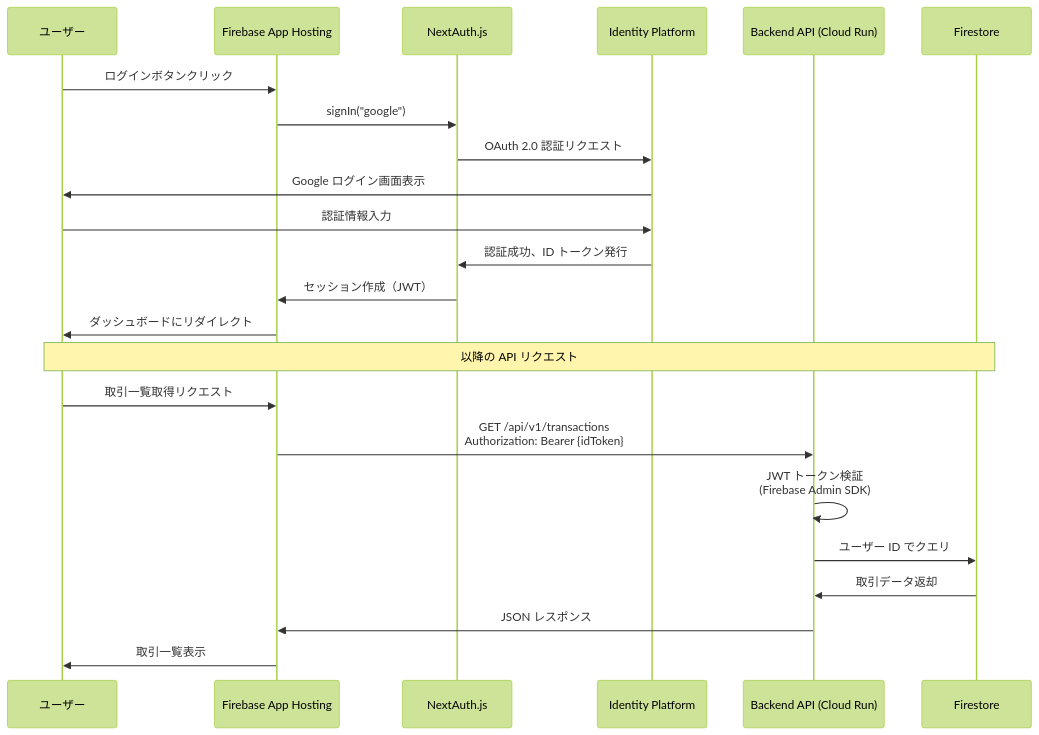
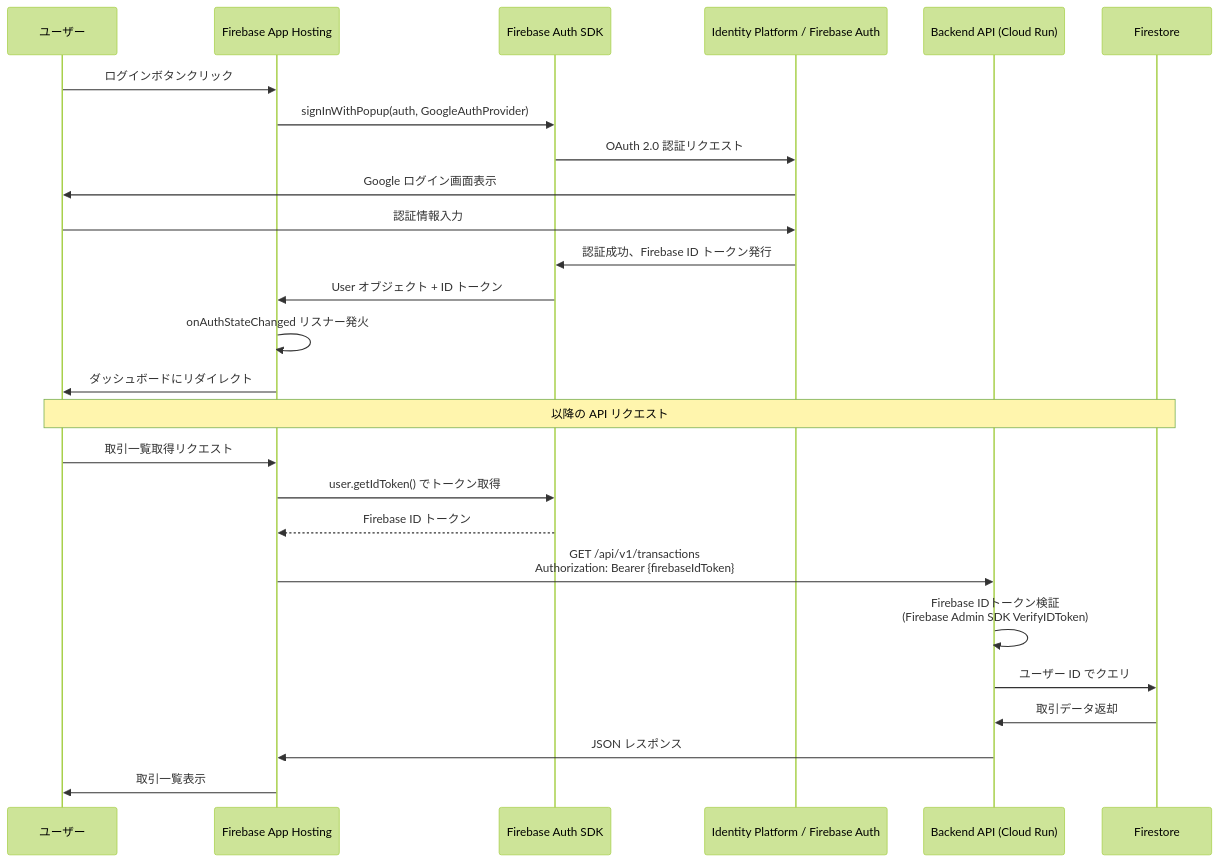
The first of 3 diagrams in .kiro/specs/household-finance-app/design/flows.md (248/ledger-muse), drawn with Mermaid (forest theme) before and after one commit. The commit also changed other lines of this file and 3 other files, not shown here.

First line of the commit message:
spec: migrate to Firebase Auth-centric architecture

````diff
--- a/.kiro/specs/household-finance-app/design/flows.md
+++ b/.kiro/specs/household-finance-app/design/flows.md
@@ -7,28 +7,31 @@
 ```mermaid
 sequenceDiagram
     participant User as ユーザー
     participant AppHosting as Firebase App Hosting
-    participant NextAuth as NextAuth.js
-    participant IdP as Identity Platform
+    participant FirebaseAuth as Firebase Auth SDK
+    participant IdP as Identity Platform / Firebase Auth
     participant API as Backend API (Cloud Run)
     participant Firestore as Firestore
 
     User->>AppHosting: ログインボタンクリック
-    AppHosting->>NextAuth: signIn("google")
-    NextAuth->>IdP: OAuth 2.0 認証リクエスト
+    AppHosting->>FirebaseAuth: signInWithPopup(auth, GoogleAuthProvider)
+    FirebaseAuth->>IdP: OAuth 2.0 認証リクエスト
     IdP->>User: Google ログイン画面表示
     User->>IdP: 認証情報入力
-    IdP->>NextAuth: 認証成功、ID トークン発行
-    NextAuth->>AppHosting: セッション作成（JWT）
+    IdP->>FirebaseAuth: 認証成功、Firebase ID トークン発行
+    FirebaseAuth->>AppHosting: User オブジェクト + ID トークン
+    AppHosting->>AppHosting: onAuthStateChanged リスナー発火
     AppHosting->>User: ダッシュボードにリダイレクト
 
     Note over User,Firestore: 以降の API リクエスト
 
     User->>AppHosting: 取引一覧取得リクエスト
-    AppHosting->>API: GET /api/v1/transactions<br/>Authorization: Bearer {idToken}
-    API->>API: JWT トークン検証<br/>(Firebase Admin SDK)
+    AppHosting->>FirebaseAuth: user.getIdToken() でトークン取得
+    FirebaseAuth-->>AppHosting: Firebase ID トークン
+    AppHosting->>API: GET /api/v1/transactions<br/>Authorization: Bearer {firebaseIdToken}
+    API->>API: Firebase IDトークン検証<br/>(Firebase Admin SDK VerifyIDToken)
     API->>Firestore: ユーザー ID でクエリ
     Firestore->>API: 取引データ返却
     API->>AppHosting: JSON レスポンス
     AppHosting->>User: 取引一覧表示
 ```
````
